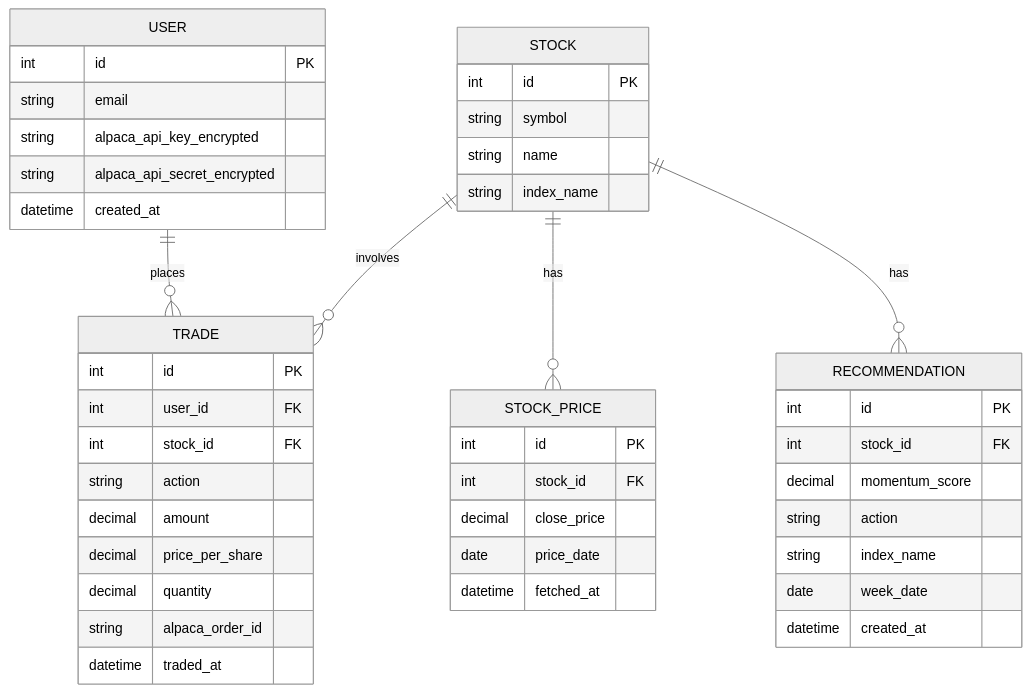
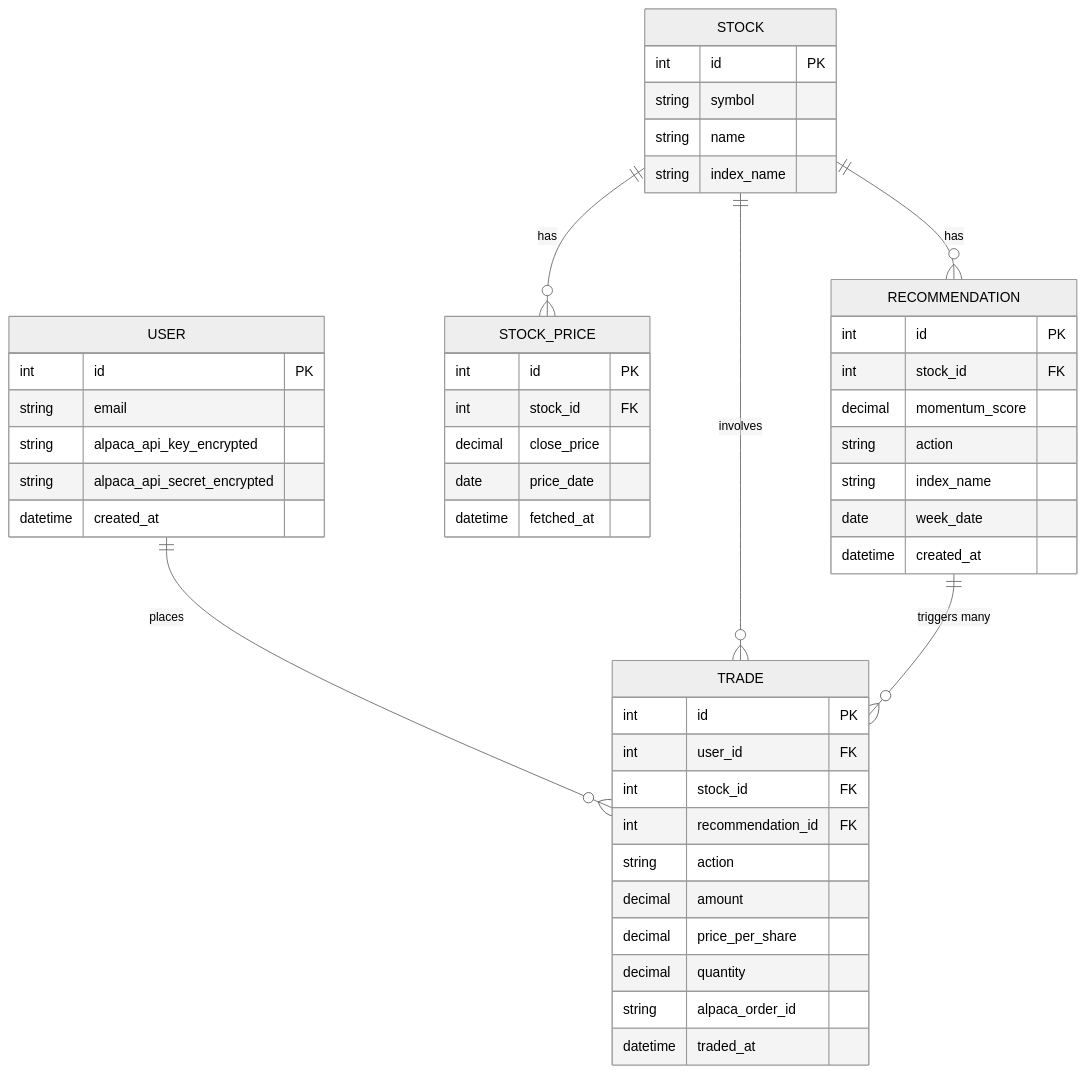
Before and after one commit to shivam-tamboli/momentum-trading-system: the diagram in docs/schema-diagram.md, drawn with Mermaid (neutral theme). The commit also changed 2 other files, not shown here.

Commit message:
Add README and technical spec; add recommendation_id to TRADE schema
- Add root README.md with project overview, tech stack, and structure
- Add docs/TECHNICAL_SPEC.md as source of truth for implementation
- Add recommendation_id FK and RECOMMENDATION-TRADE relationship to
  schema-diagram.md to match the TRADE table defined in TECHNICAL_SPEC.md

````diff
--- a/docs/schema-diagram.md
+++ b/docs/schema-diagram.md
@@ -3,52 +3,54 @@
 ```mermaid
 erDiagram
     USER ||--o{ TRADE : places
     STOCK ||--o{ STOCK_PRICE : has
     STOCK ||--o{ RECOMMENDATION : has
     STOCK ||--o{ TRADE : involves
+    RECOMMENDATION ||--o{ TRADE : "triggers many"
 
     USER {
         int id PK
         string email
         string alpaca_api_key_encrypted
         string alpaca_api_secret_encrypted
         datetime created_at
     }
 
     STOCK {
         int id PK
         string symbol
         string name
         string index_name
     }
 
     STOCK_PRICE {
         int id PK
         int stock_id FK
         decimal close_price
         date price_date
         datetime fetched_at
     }
 
     RECOMMENDATION {
         int id PK
         int stock_id FK
         decimal momentum_score
         string action
         string index_name
         date week_date
         datetime created_at
     }
 
     TRADE {
         int id PK
         int user_id FK
         int stock_id FK
+        int recommendation_id FK
         string action
         decimal amount
         decimal price_per_share
         decimal quantity
         string alpaca_order_id
         datetime traded_at
     }
 ```
````
